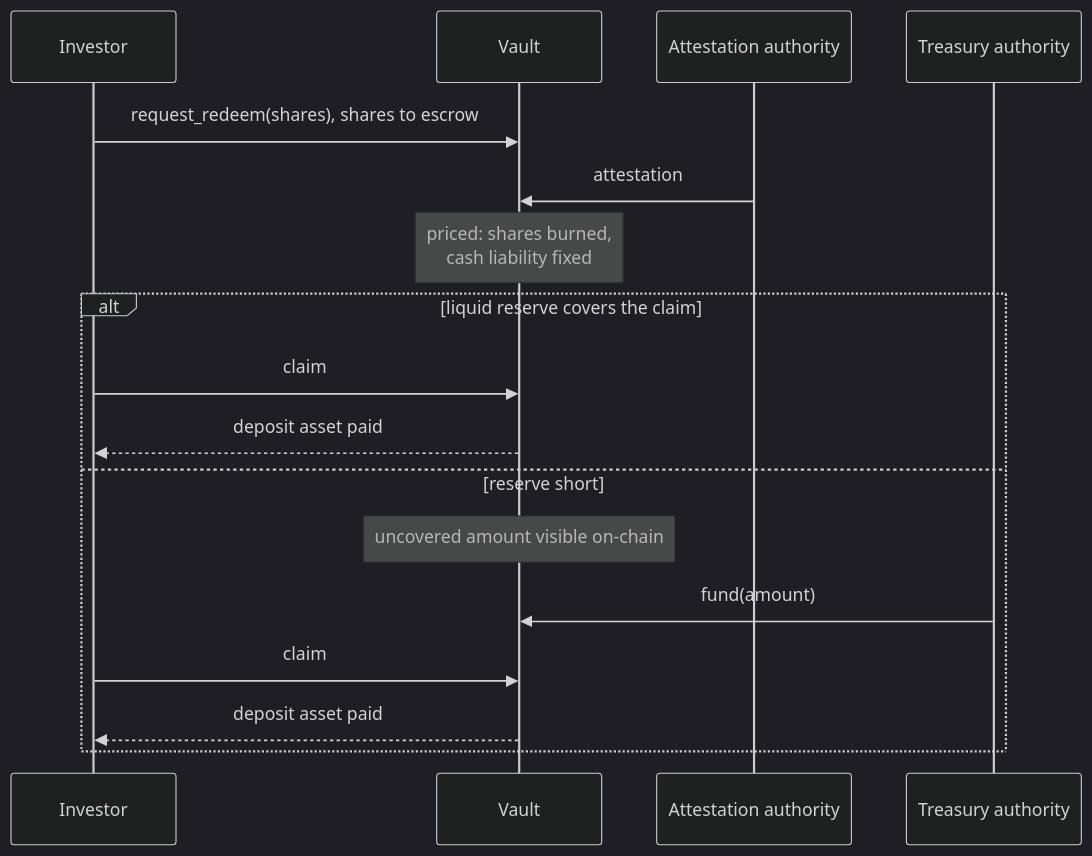
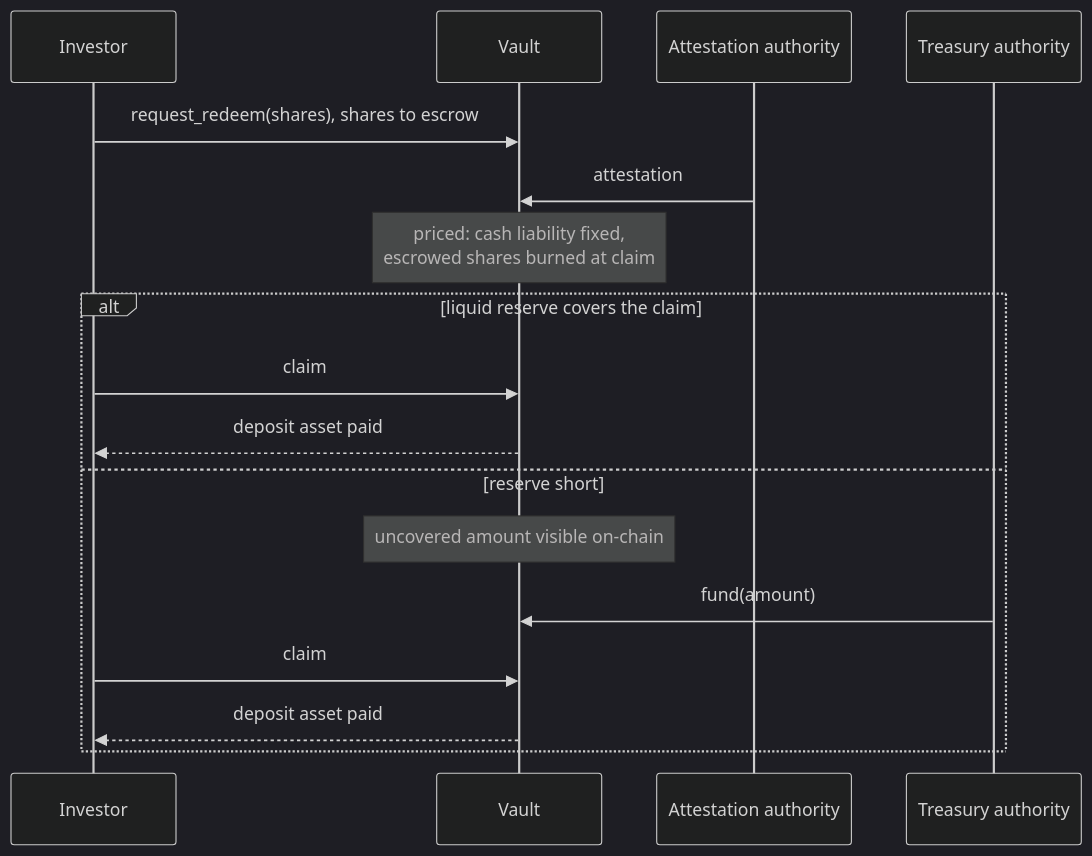
Before and after one commit to BootNodeDev/strata-vault-kit: the fourth of 5 diagrams in docs/strata-product-and-architecture.md, drawn with Mermaid (dark theme). The commit also changed other lines of this file, not shown here.

First line of the commit message:
docs: say that claims mint and burn shares, not pricing

````diff
--- a/docs/strata-product-and-architecture.md
+++ b/docs/strata-product-and-architecture.md
@@ -346,19 +348,19 @@
 ```mermaid
 sequenceDiagram
     participant I as Investor
     participant V as Vault
     participant O as Attestation authority
     participant T as Treasury authority
     I->>V: request_redeem(shares), shares to escrow
     O->>V: attestation
-    Note over V: priced: shares burned,<br/>cash liability fixed
+    Note over V: priced: cash liability fixed,<br/>escrowed shares burned at claim
     alt liquid reserve covers the claim
         I->>V: claim
         V-->>I: deposit asset paid
     else reserve short
         Note over V: uncovered amount visible on-chain
         T->>V: fund(amount)
         I->>V: claim
         V-->>I: deposit asset paid
     end
 ```
````
